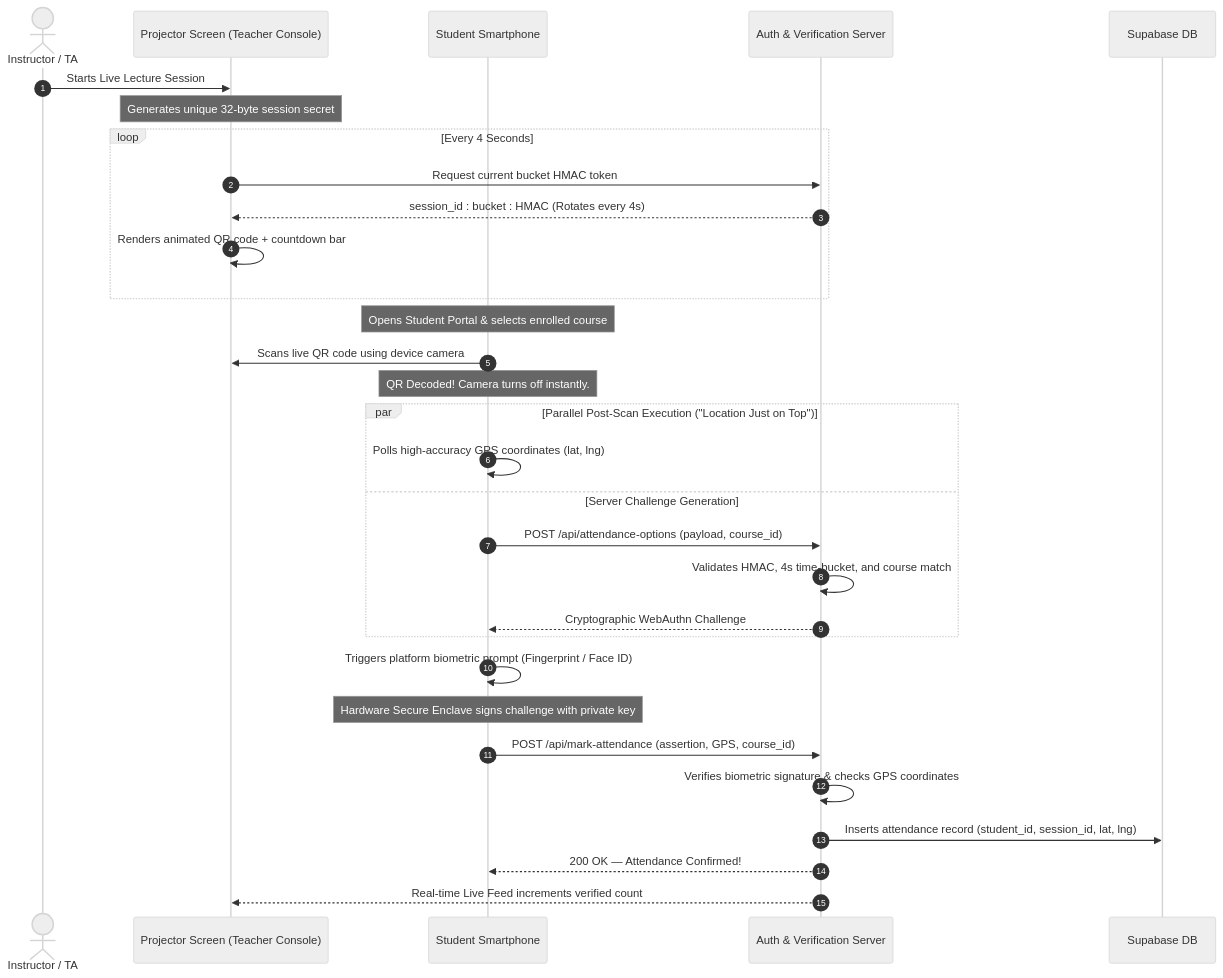
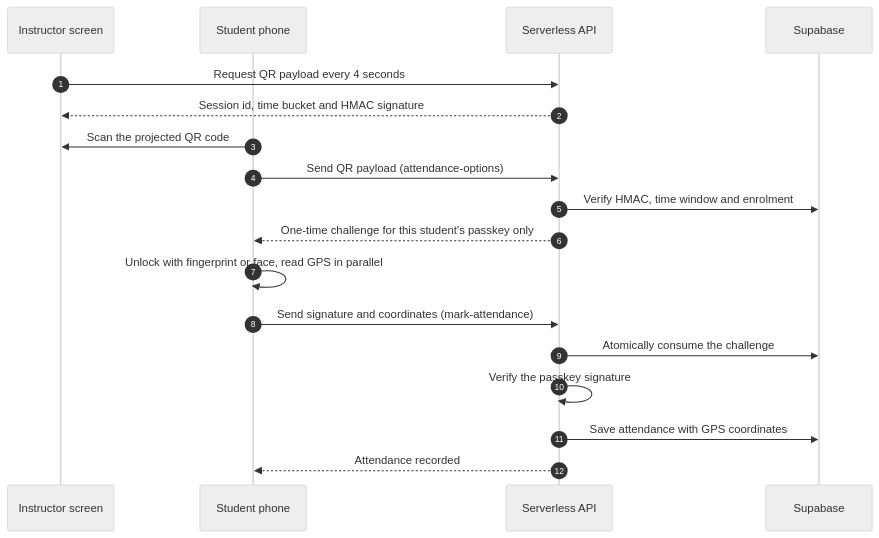
Before and after one commit to ItsMayankTiwari/Attendance-portal: the diagram in README.md, drawn with Mermaid (neutral theme). The commit also changed other lines of this file, not shown here.

````diff
--- a/README.md
+++ b/README.md
@@ -34,37 +201,21 @@
 ```mermaid
 sequenceDiagram
     autonumber
-    actor Teacher as Instructor / TA
-    participant Projector as Projector Screen (Teacher Console)
-    participant Student as Student Smartphone
-    participant Server as Auth & Verification Server
-    participant DB as Supabase DB
+    participant I as Instructor screen
+    participant S as Student phone
+    participant API as Serverless API
+    participant DB as Supabase
 
-    Teacher->>Projector: Starts Live Lecture Session
-    Note over Projector: Generates unique 32-byte session secret
-    loop Every 4 Seconds
-        Projector->>Server: Request current bucket HMAC token
-        Server-->>Projector: session_id : bucket : HMAC (Rotates every 4s)
-        Projector->>Projector: Renders animated QR code + countdown bar
-    end
-
-    Note over Student: Opens Student Portal & selects enrolled course
-    Student->>Projector: Scans live QR code using device camera
-    Note over Student: QR Decoded! Camera turns off instantly.
-
-    par Parallel Post-Scan Execution ("Location Just on Top")
-        Student->>Student: Polls high-accuracy GPS coordinates (lat, lng)
-    and Server Challenge Generation
-        Student->>Server: POST /api/attendance-options (payload, course_id)
-        Server->>Server: Validates HMAC, 4s time-bucket, and course match
-        Server-->>Student: Cryptographic WebAuthn Challenge
-    end
-
-    Student->>Student: Triggers platform biometric prompt (Fingerprint / Face ID)
-    Note over Student: Hardware Secure Enclave signs challenge with private key
-    Student->>Server: POST /api/mark-attendance (assertion, GPS, course_id)
-    Server->>Server: Verifies biometric signature & checks GPS coordinates
-    Server->>DB: Inserts attendance record (student_id, session_id, lat, lng)
-    Server-->>Student: 200 OK — Attendance Confirmed!
-    Server-->>Projector: Real-time Live Feed increments verified count
+    I->>API: Request QR payload every 4 seconds
+    API-->>I: Session id, time bucket and HMAC signature
+    S->>I: Scan the projected QR code
+    S->>API: Send QR payload (attendance-options)
+    API->>DB: Verify HMAC, time window and enrolment
+    API-->>S: One-time challenge for this student's passkey only
+    S->>S: Unlock with fingerprint or face, read GPS in parallel
+    S->>API: Send signature and coordinates (mark-attendance)
+    API->>DB: Atomically consume the challenge
+    API->>API: Verify the passkey signature
+    API->>DB: Save attendance with GPS coordinates
+    API-->>S: Attendance recorded
 ```
````
